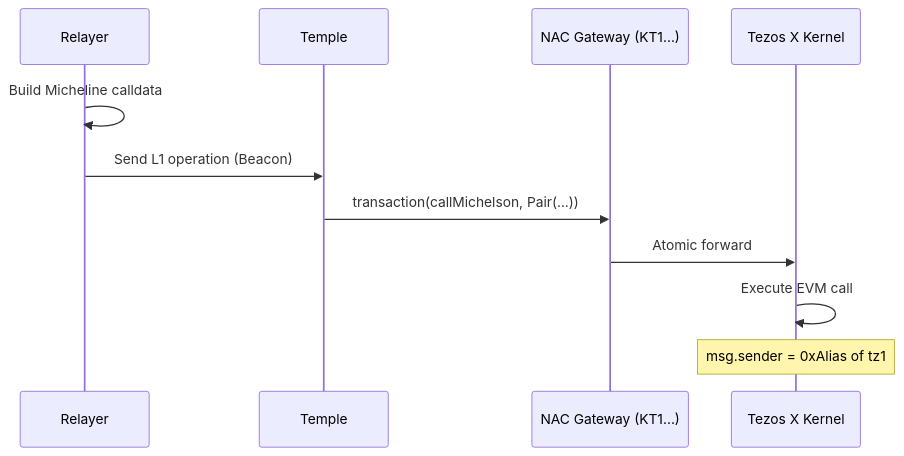
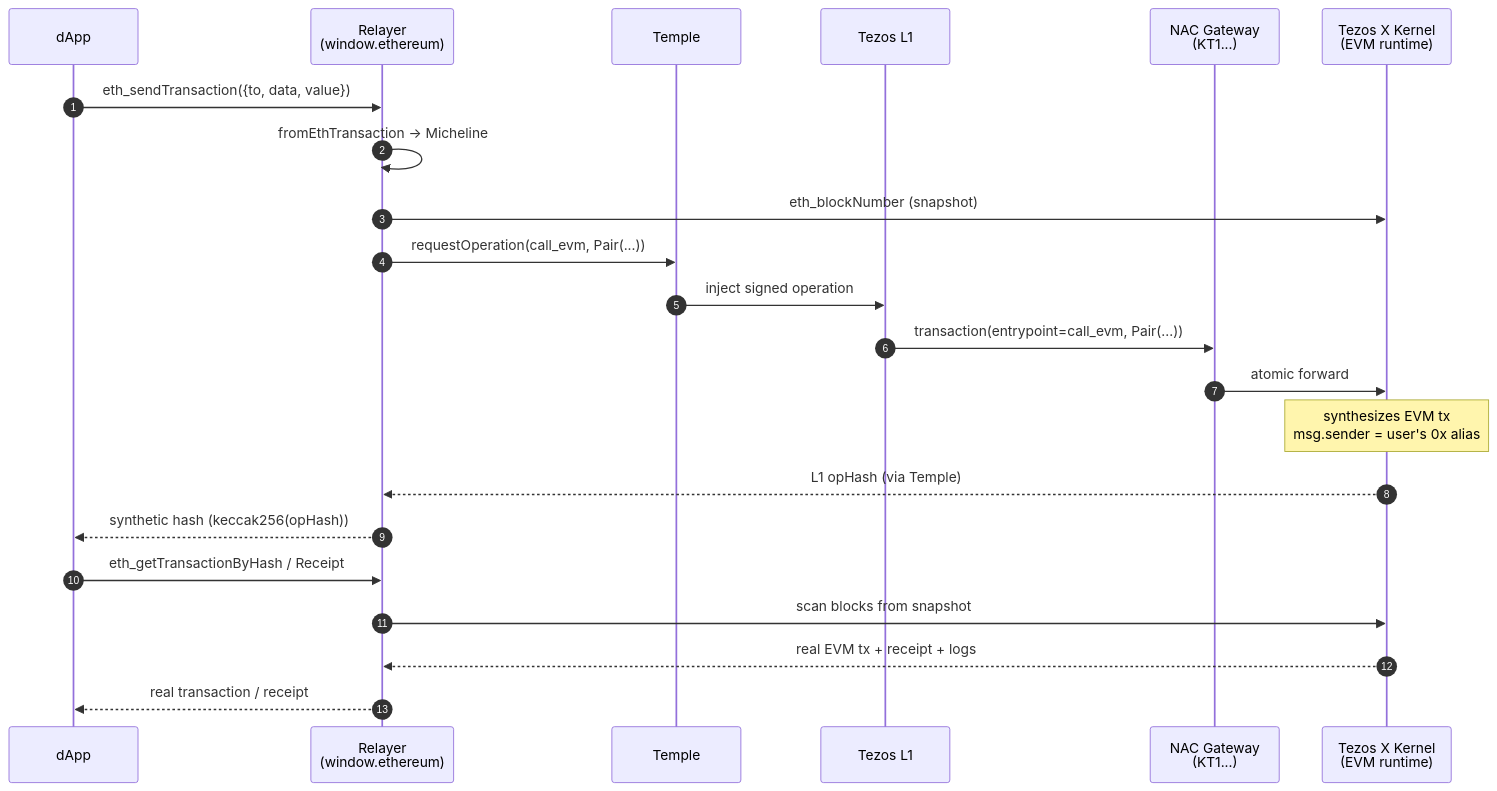
The diagram in website/docs/architecture/nac-gateway.md (Rasalghulsslayer/tezos-x-wallet-mod), drawn with Mermaid before and after one commit. The commit also changed other lines of this file and 9 other files, not shown here.

First line of the commit message:
fix: resolve real EVM tx via eth_getTransactionByHash + docs sync

````diff
--- a/website/docs/architecture/nac-gateway.md
+++ b/website/docs/architecture/nac-gateway.md
@@ -35,14 +71,25 @@
 ```mermaid
 sequenceDiagram
-    participant Relayer
+    autonumber
+    participant dApp
+    participant Relayer as Relayer<br/>(window.ethereum)
     participant Temple
-    participant Gateway as NAC Gateway (KT1...)
-    participant Kernel as Tezos X Kernel
+    participant L1 as Tezos L1
+    participant Gateway as NAC Gateway<br/>(KT1...)
+    participant Kernel as Tezos X Kernel<br/>(EVM runtime)
 
-    Relayer->>Relayer: Build Micheline calldata
-    Relayer->>Temple: Send L1 operation (Beacon)
-    Temple->>Gateway: transaction(callMichelson, Pair(...))
-    Gateway->>Kernel: Atomic forward
-    Kernel->>Kernel: Execute EVM call
-    Note over Kernel: msg.sender = 0xAlias of tz1
+    dApp->>Relayer: eth_sendTransaction({to, data, value})
+    Relayer->>Relayer: fromEthTransaction → Micheline
+    Relayer->>Kernel: eth_blockNumber (snapshot)
+    Relayer->>Temple: requestOperation(call_evm, Pair(...))
+    Temple->>L1: inject signed operation
+    L1->>Gateway: transaction(entrypoint=call_evm, Pair(...))
+    Gateway->>Kernel: atomic forward
+    Note over Kernel: synthesizes EVM tx<br/>msg.sender = user's 0x alias
+    Kernel-->>Relayer: L1 opHash (via Temple)
+    Relayer-->>dApp: synthetic hash (keccak256(opHash))
+    dApp->>Relayer: eth_getTransactionByHash / Receipt
+    Relayer->>Kernel: scan blocks from snapshot
+    Kernel-->>Relayer: real EVM tx + receipt + logs
+    Relayer-->>dApp: real transaction / receipt
 ```
````
